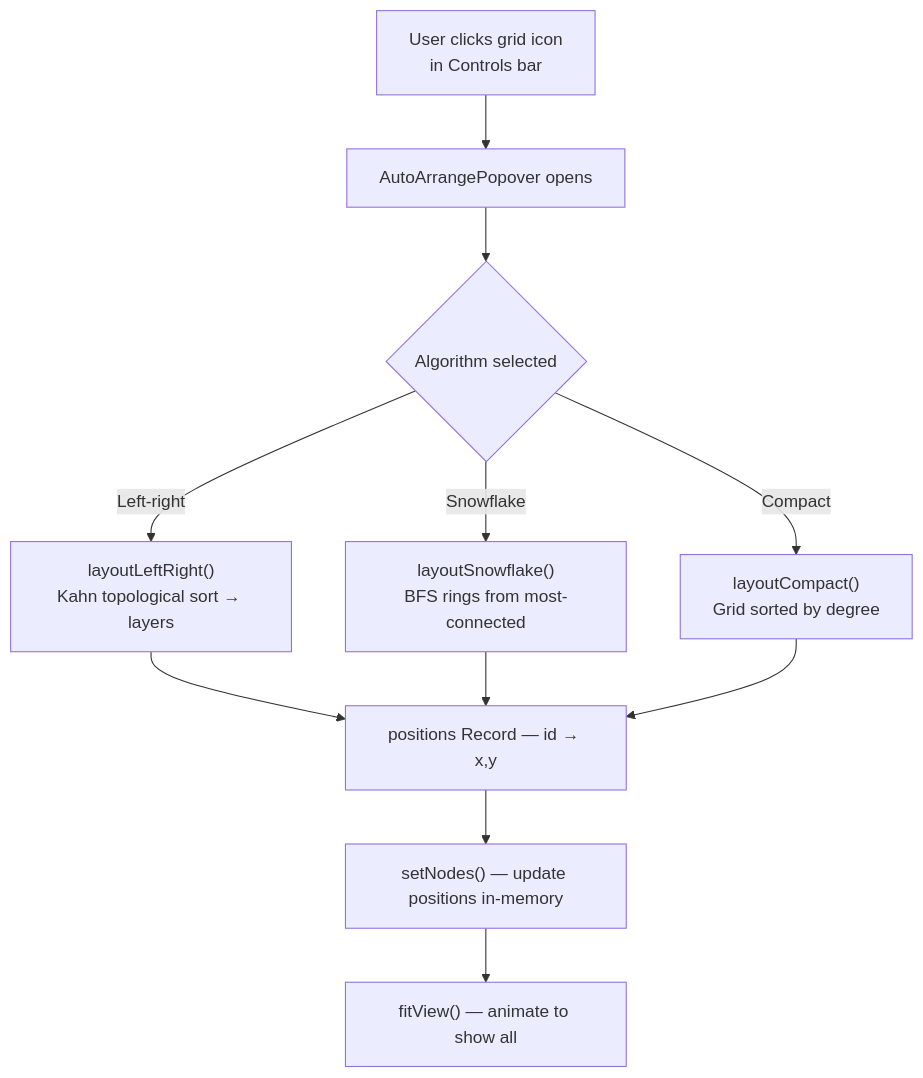
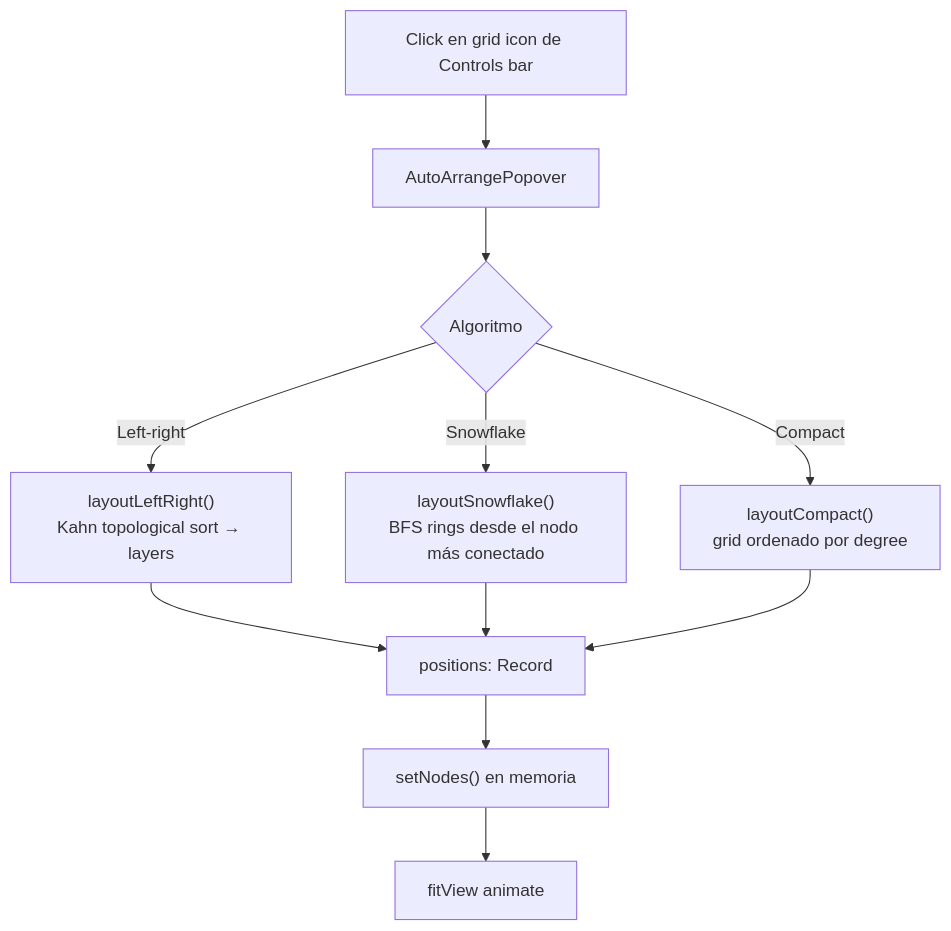
One commit to Carlosmps97/web-data-model-hub changed diagram 12 of 13 in doc/data-flow.md. Above: the diagram before and after it, drawn with Mermaid. The commit also changed other lines of this file and 5 other files, not shown here.

````diff
--- a/doc/data-flow.md
+++ b/doc/data-flow.md
@@ -230,13 +358,13 @@
 ```mermaid
 flowchart TD
-    A["User clicks grid icon\nin Controls bar"] --> B["AutoArrangePopover opens"]
-    B --> C{"Algorithm selected"}
-    C -->|"Left-right"| LR["layoutLeftRight()\nKahn topological sort → layers"]
-    C -->|"Snowflake"| SF["layoutSnowflake()\nBFS rings from most-connected"]
-    C -->|"Compact"| CP["layoutCompact()\nGrid sorted by degree"]
-    LR --> P["positions Record — id → x,y"]
+    A["Click en grid icon de Controls bar"] --> B["AutoArrangePopover"]
+    B --> C{"Algoritmo"}
+    C -->|"Left-right"| LR["layoutLeftRight()<br/>Kahn topological sort → layers"]
+    C -->|"Snowflake"| SF["layoutSnowflake()<br/>BFS rings desde el nodo más conectado"]
+    C -->|"Compact"| CP["layoutCompact()<br/>grid ordenado por degree"]
+    LR --> P["positions: Record<id, {x,y}>"]
     SF --> P
     CP --> P
-    P --> N["setNodes() — update positions in-memory"]
-    N --> F["fitView() — animate to show all"]
+    P --> N["setNodes() en memoria"]
+    N --> F["fitView animate"]
 ```
````
